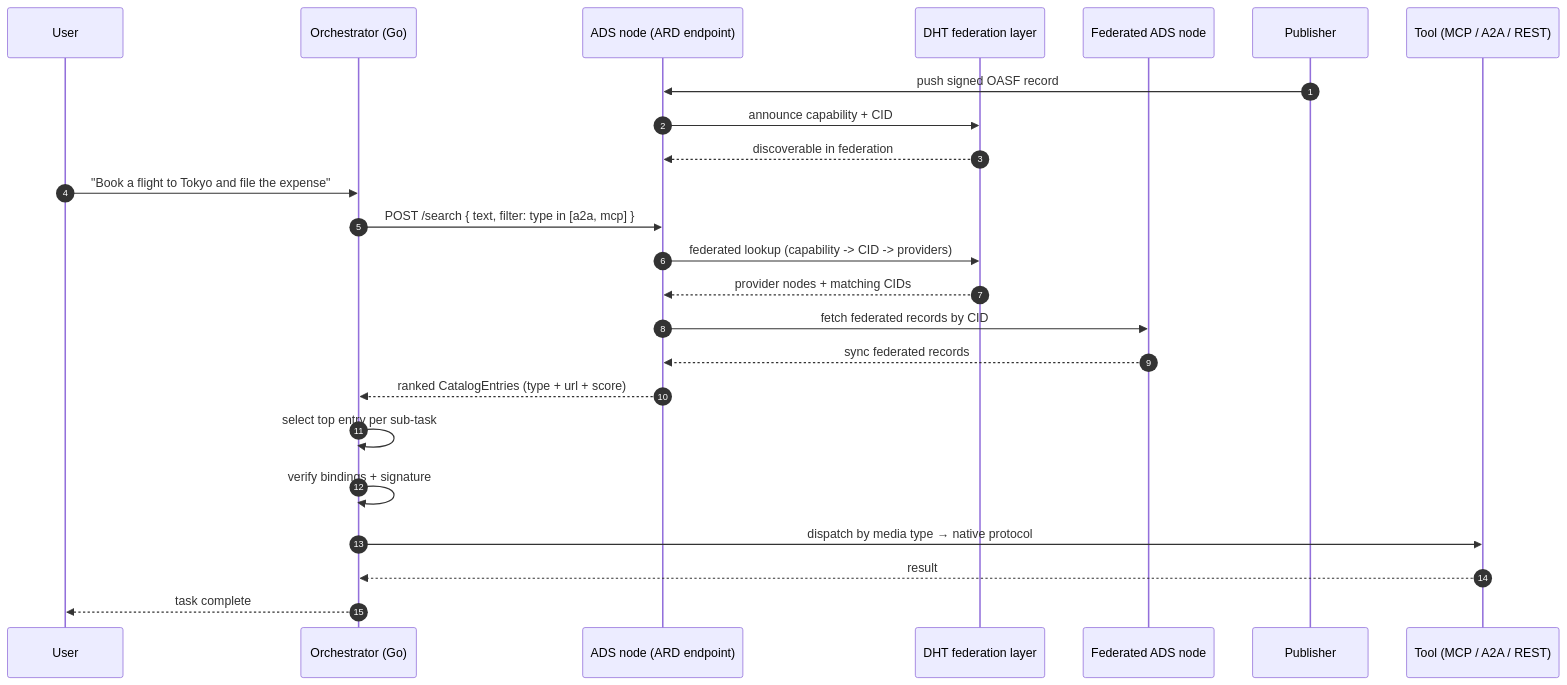
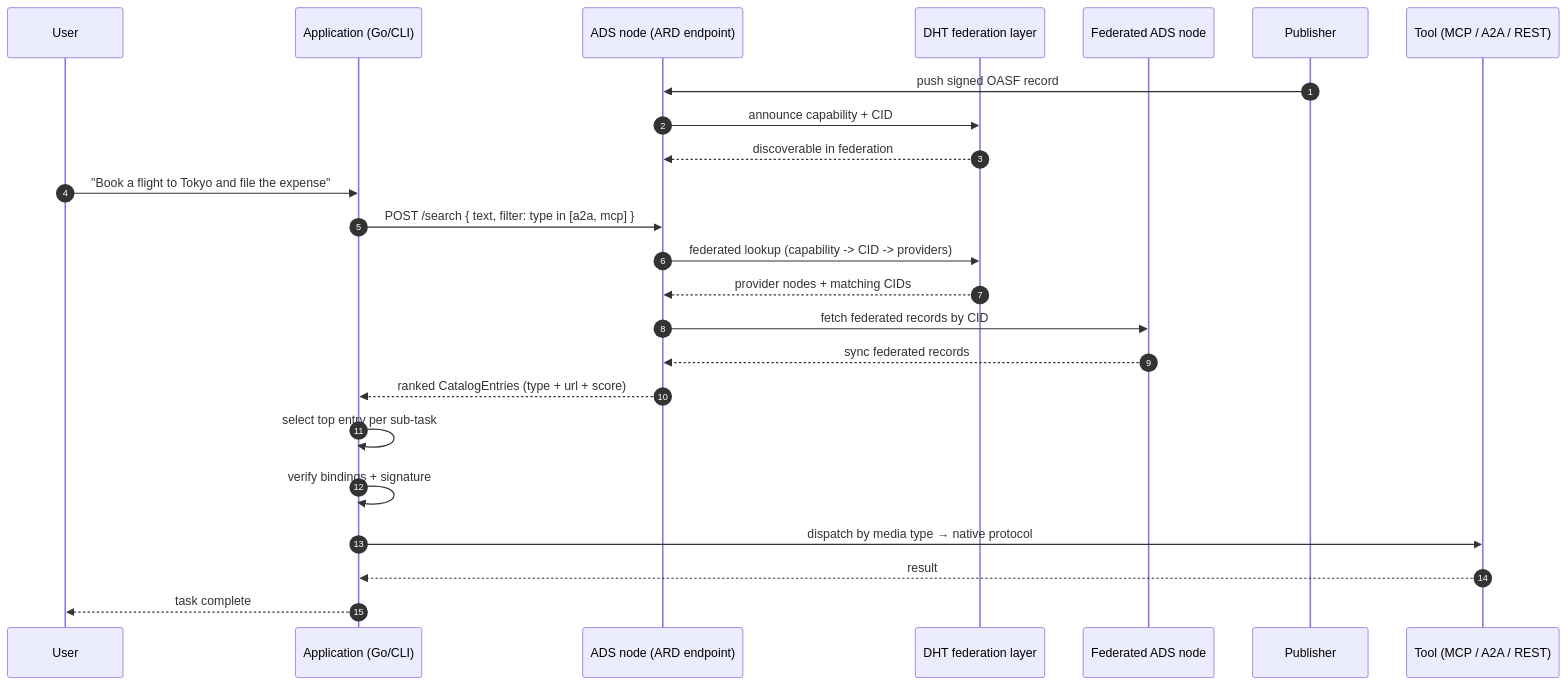
One commit to agntcy/blogs changed the second of 3 diagrams in _posts/2026-06-17-ai-catalog-over-directory.md. Above: the diagram before and after it, drawn with Mermaid. The commit also changed other lines of this file, not shown here.

````diff
--- a/_posts/2026-06-17-ai-catalog-over-directory.md
+++ b/_posts/2026-06-17-ai-catalog-over-directory.md
@@ -138,28 +178,28 @@
 ```mermaid
 sequenceDiagram
     autonumber
     participant U as User
-    participant O as Orchestrator (Go)
+    participant O as Application (Go/CLI)
     participant ADS as ADS node (ARD endpoint)
 	participant DHT as DHT federation layer
 	participant FADS as Federated ADS node
     participant P as Publisher
     participant T as Tool (MCP / A2A / REST)
 
 	P->>ADS: push signed OASF record
 	ADS->>DHT: announce capability + CID
 	DHT-->>ADS: discoverable in federation
 
     U->>O: "Book a flight to Tokyo and file the expense"
     O->>ADS: POST /search { text, filter: type in [a2a, mcp] }
 	ADS->>DHT: federated lookup (capability -> CID -> providers)
 	DHT-->>ADS: provider nodes + matching CIDs
 	ADS->>FADS: fetch federated records by CID
 	FADS-->>ADS: sync federated records
     ADS-->>O: ranked CatalogEntries (type + url + score)
     O->>O: select top entry per sub-task
     O->>O: verify bindings + signature
     O->>T: dispatch by media type → native protocol
     T-->>O: result
     O-->>U: task complete
 ```
````
